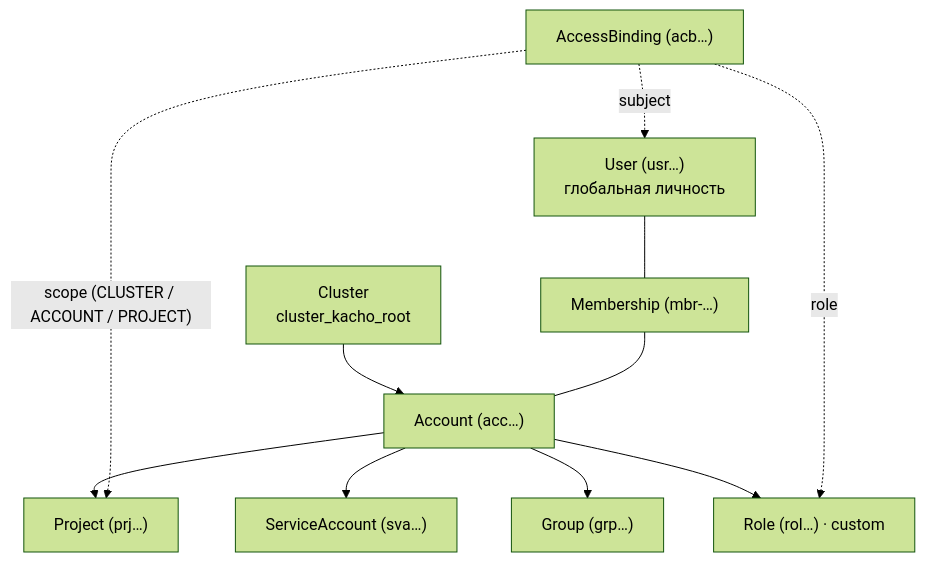
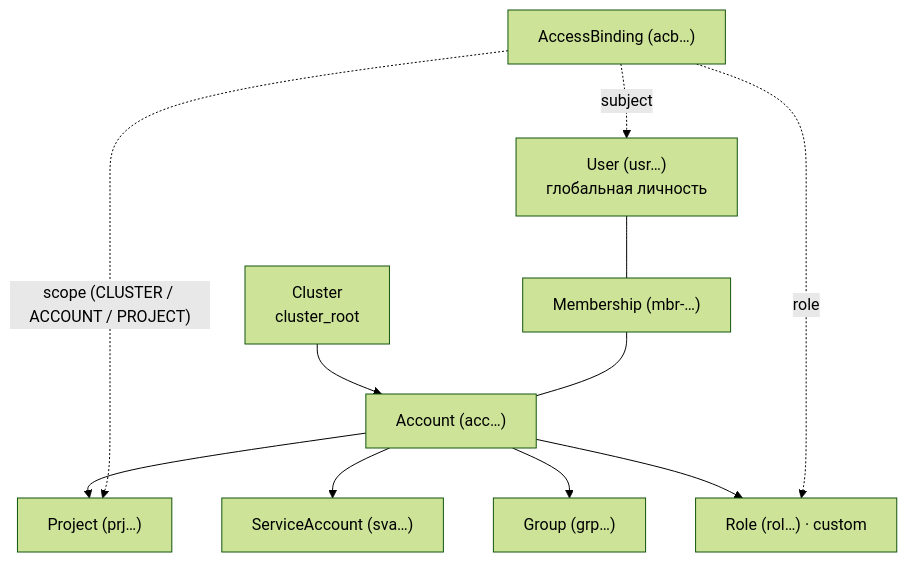
Before and after one commit to PRO-Robotech/kacho: the first of 2 diagrams in services/iam/docs/content/intro.mdx, drawn with Mermaid (forest theme). The commit also changed other lines of this file and 5005 other files, not shown here.

````diff
--- a/services/iam/docs/content/intro.mdx
+++ b/services/iam/docs/content/intro.mdx
@@ -100,13 +100,13 @@
 ```mermaid
 flowchart TD
-  cluster["Cluster<br/>cluster_kacho_root"] --> account["Account (acc…)"]
+  cluster["Cluster<br/>cluster_root"] --> account["Account (acc…)"]
   account --> project["Project (prj…)"]
   account --> sa["ServiceAccount (sva…)"]
   account --> group["Group (grp…)"]
   account --> role["Role (rol…) · custom"]
   user["User (usr…)<br/>глобальная личность"] --- mbr["Membership (mbr-…)"]
   mbr --- account
   ab["AccessBinding (acb…)"] -. "subject" .-> user
   ab -. "role" .-> role
   ab -. "scope (CLUSTER / ACCOUNT / PROJECT)" .-> project
 ```
````
